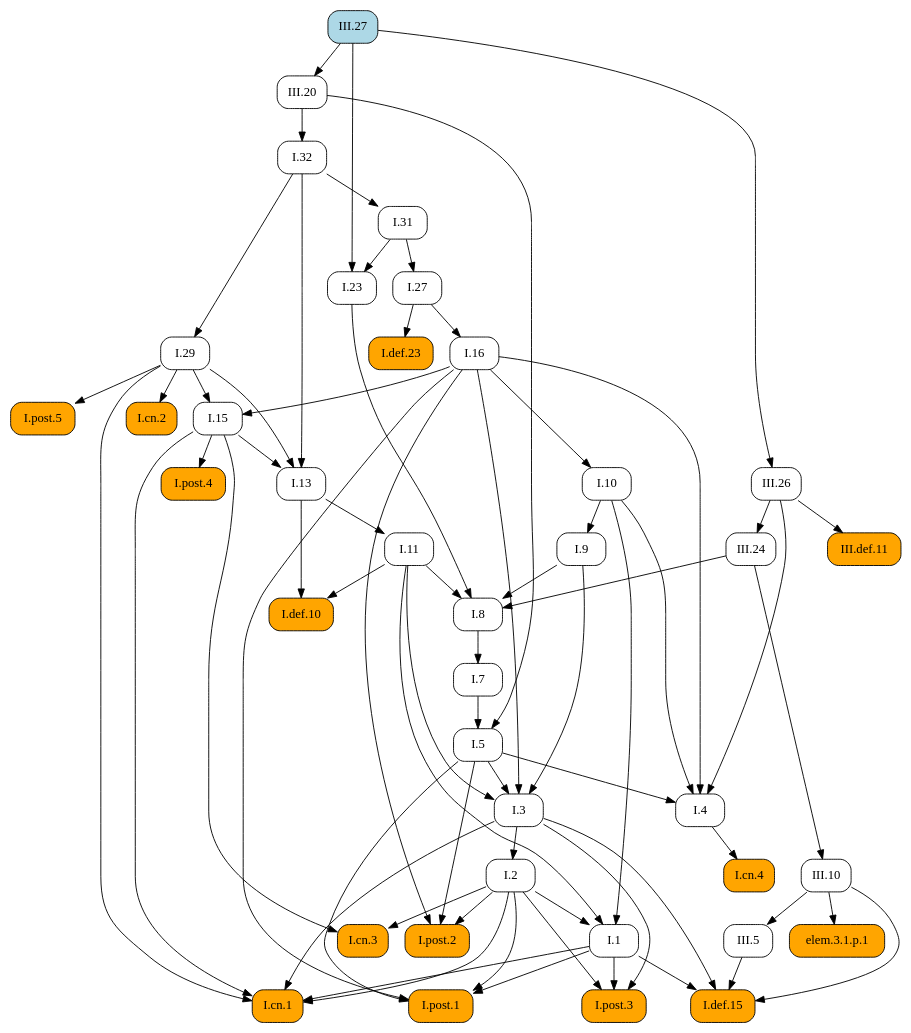
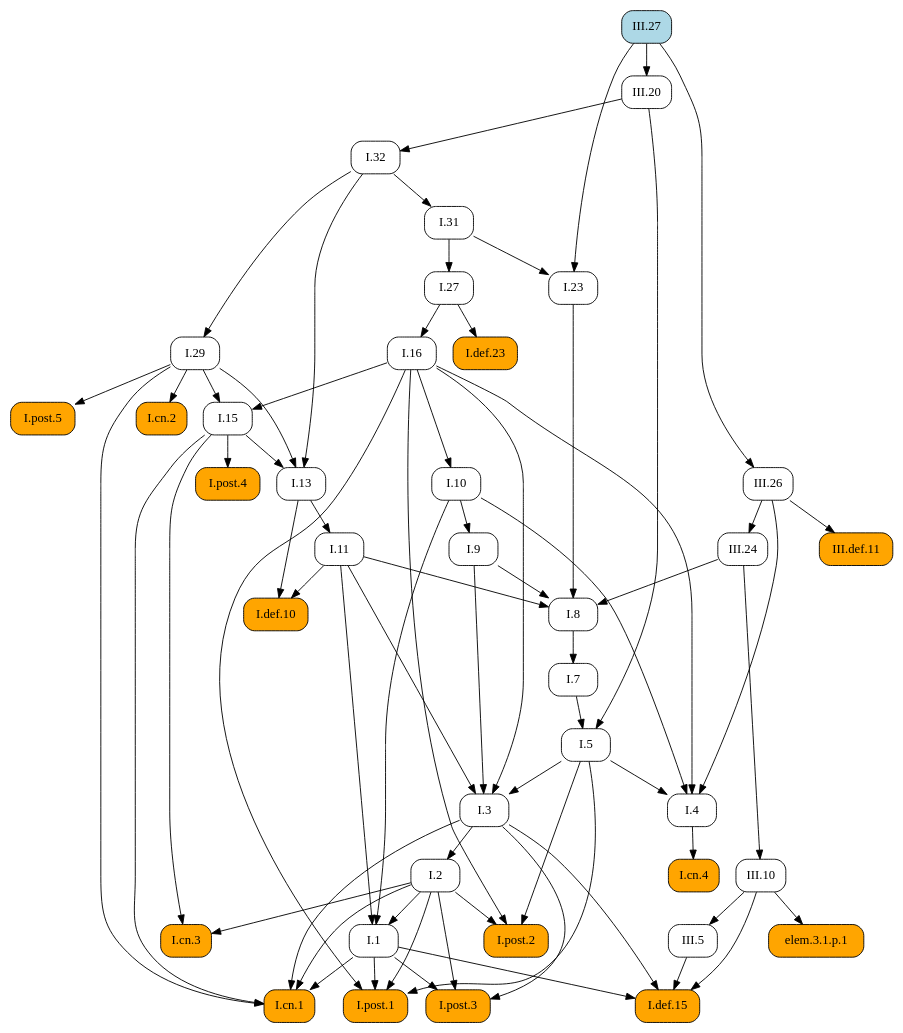
The diagram in docsrc/heath/III/27/index.rst (geometor/elements), drawn with Graphviz before and after one commit. The commit also changed other lines of this file and 1029 other files, not shown here.

```diff
--- a/docsrc/heath/III/27/index.rst
+++ b/docsrc/heath/III/27/index.rst
@@ -73,111 +73,111 @@
    digraph {
      rankdir="TB";
      node [shape=box, style=rounded];
+     "I.def.10" [style="rounded,filled", fillcolor=orange, URL="/heath/I/def.10/", target="_top"];
+     "I.11" [URL="/heath/I/11/", target="_top"];
+     "I.post.4" [style="rounded,filled", fillcolor=orange, URL="/heath/I/post.4/", target="_top"];
+     "I.1" [URL="/heath/I/1/", target="_top"];
+     "III.26" [URL="/heath/III/26/", target="_top"];
+     "III.20" [URL="/heath/III/20/", target="_top"];
+     "I.29" [URL="/heath/I/29/", target="_top"];
+     "elem.3.1.p.1" [style="rounded,filled", fillcolor=orange];
+     "I.cn.2" [style="rounded,filled", fillcolor=orange, URL="/heath/I/cn.2/", target="_top"];
+     "III.def.11" [style="rounded,filled", fillcolor=orange, URL="/heath/III/def.11/", target="_top"];
+     "I.def.15" [style="rounded,filled", fillcolor=orange, URL="/heath/I/def.15/", target="_top"];
+     "I.post.3" [style="rounded,filled", fillcolor=orange, URL="/heath/I/post.3/", target="_top"];
+     "I.cn.1" [style="rounded,filled", fillcolor=orange, URL="/heath/I/cn.1/", target="_top"];
      "I.cn.3" [style="rounded,filled", fillcolor=orange, URL="/heath/I/cn.3/", target="_top"];
-     "III.def.11" [style="rounded,filled", fillcolor=orange, URL="/heath/III/def.11/", target="_top"];
+     "I.23" [URL="/heath/I/23/", target="_top"];
+     "I.post.1" [style="rounded,filled", fillcolor=orange, URL="/heath/I/post.1/", target="_top"];
+     "III.24" [URL="/heath/III/24/", target="_top"];
+     "I.27" [URL="/heath/I/27/", target="_top"];
      "I.7" [URL="/heath/I/7/", target="_top"];
-     "I.29" [URL="/heath/I/29/", target="_top"];
-     "I.27" [URL="/heath/I/27/", target="_top"];
+     "I.3" [URL="/heath/I/3/", target="_top"];
+     "I.2" [URL="/heath/I/2/", target="_top"];
+     "I.4" [URL="/heath/I/4/", target="_top"];
      "I.def.23" [style="rounded,filled", fillcolor=orange, URL="/heath/I/def.23/", target="_top"];
-     "I.8" [URL="/heath/I/8/", target="_top"];
+     "I.13" [URL="/heath/I/13/", target="_top"];
+     "I.post.2" [style="rounded,filled", fillcolor=orange, URL="/heath/I/post.2/", target="_top"];
+     "I.31" [URL="/heath/I/31/", target="_top"];
+     "I.16" [URL="/heath/I/16/", target="_top"];
      "III.10" [URL="/heath/III/10/", target="_top"];
      "I.9" [URL="/heath/I/9/", target="_top"];
-     "III.20" [URL="/heath/III/20/", target="_top"];
-     "I.post.4" [style="rounded,filled", fillcolor=orange, URL="/heath/I/post.4/", target="_top"];
-     "I.2" [URL="/heath/I/2/", target="_top"];
-     "I.def.15" [style="rounded,filled", fillcolor=orange, URL="/heath/I/def.15/", target="_top"];
-     "I.1" [URL="/heath/I/1/", target="_top"];
-     "I.post.1" [style="rounded,filled", fillcolor=orange, URL="/heath/I/post.1/", target="_top"];
      "III.27" [style="rounded,filled", fillcolor=lightblue, URL="/heath/III/27/", target="_top"];
+     "I.8" [URL="/heath/I/8/", target="_top"];
+     "I.32" [URL="/heath/I/32/", target="_top"];
      "I.cn.4" [style="rounded,filled", fillcolor=orange, URL="/heath/I/cn.4/", target="_top"];
-     "elem.3.1.p.1" [style="rounded,filled", fillcolor=orange];
-     "I.23" [URL="/heath/I/23/", target="_top"];
-     "I.13" [URL="/heath/I/13/", target="_top"];
+     "I.15" [URL="/heath/I/15/", target="_top"];
+     "I.post.5" [style="rounded,filled", fillcolor=orange, URL="/heath/I/post.5/", target="_top"];
+     "I.10" [URL="/heath/I/10/", target="_top"];
+     "I.5" [URL="/heath/I/5/", target="_top"];
      "III.5" [URL="/heath/III/5/", target="_top"];
-     "I.cn.2" [style="rounded,filled", fillcolor=orange, URL="/heath/I/cn.2/", target="_top"];
-     "I.5" [URL="/heath/I/5/", target="_top"];
-     "I.11" [URL="/heath/I/11/", target="_top"];
-     "I.10" [URL="/heath/I/10/", target="_top"];
-     "I.4" [URL="/heath/I/4/", target="_top"];
-     "I.3" [URL="/heath/I/3/", target="_top"];
-     "I.16" [URL="/heath/I/16/", target="_top"];
-     "III.26" [URL="/heath/III/26/", target="_top"];
-     "I.31" [URL="/heath/I/31/", target="_top"];
-     "I.def.10" [style="rounded,filled", fillcolor=orange, URL="/heath/I/def.10/", target="_top"];
-     "I.post.2" [style="rounded,filled", fillcolor=orange, URL="/heath/I/post.2/", target="_top"];
-     "III.24" [URL="/heath/III/24/", target="_top"];
-     "I.post.3" [style="rounded,filled", fillcolor=orange, URL="/heath/I/post.3/", target="_top"];
-     "I.post.5" [style="rounded,filled", fillcolor=orange, URL="/heath/I/post.5/", target="_top"];
-     "I.15" [URL="/heath/I/15/", target="_top"];
-     "I.cn.1" [style="rounded,filled", fillcolor=orange, URL="/heath/I/cn.1/", target="_top"];
-     "I.32" [URL="/heath/I/32/", target="_top"];
-     "I.2" -> "I.cn.3";
-     "I.15" -> "I.cn.3";
+     "I.11" -> "I.def.10";
+     "I.13" -> "I.def.10";
+     "I.13" -> "I.11";
+     "I.15" -> "I.post.4";
+     "I.2" -> "I.1";
+     "I.10" -> "I.1";
+     "I.11" -> "I.1";
+     "III.27" -> "III.26";
+     "III.27" -> "III.20";
+     "I.32" -> "I.29";
+     "III.10" -> "elem.3.1.p.1";
+     "I.29" -> "I.cn.2";
      "III.26" -> "III.def.11";
-     "I.8" -> "I.7";
-     "I.32" -> "I.29";
-     "I.31" -> "I.27";
-     "I.27" -> "I.def.23";
-     "I.9" -> "I.8";
-     "I.11" -> "I.8";
-     "I.23" -> "I.8";
-     "III.24" -> "I.8";
-     "III.24" -> "III.10";
-     "I.10" -> "I.9";
-     "III.27" -> "III.20";
-     "I.15" -> "I.post.4";
-     "I.3" -> "I.2";
      "I.1" -> "I.def.15";
      "I.3" -> "I.def.15";
      "III.5" -> "I.def.15";
      "III.10" -> "I.def.15";
-     "I.2" -> "I.1";
-     "I.10" -> "I.1";
-     "I.11" -> "I.1";
-     "I.1" -> "I.post.1";
-     "I.2" -> "I.post.1";
-     "I.5" -> "I.post.1";
-     "I.16" -> "I.post.1";
-     "I.4" -> "I.cn.4";
-     "III.10" -> "elem.3.1.p.1";
-     "I.31" -> "I.23";
-     "III.27" -> "I.23";
-     "I.15" -> "I.13";
-     "I.29" -> "I.13";
-     "I.32" -> "I.13";
-     "III.10" -> "III.5";
-     "I.29" -> "I.cn.2";
-     "I.7" -> "I.5";
-     "III.20" -> "I.5";
-     "I.13" -> "I.11";
-     "I.16" -> "I.10";
-     "I.5" -> "I.4";
-     "I.10" -> "I.4";
-     "I.16" -> "I.4";
-     "III.26" -> "I.4";
-     "I.5" -> "I.3";
-     "I.9" -> "I.3";
-     "I.11" -> "I.3";
-     "I.16" -> "I.3";
-     "I.27" -> "I.16";
-     "III.27" -> "III.26";
-     "I.32" -> "I.31";
-     "I.11" -> "I.def.10";
-     "I.13" -> "I.def.10";
-     "I.2" -> "I.post.2";
-     "I.5" -> "I.post.2";
-     "I.16" -> "I.post.2";
-     "III.26" -> "III.24";
      "I.1" -> "I.post.3";
      "I.2" -> "I.post.3";
      "I.3" -> "I.post.3";
-     "I.29" -> "I.post.5";
-     "I.16" -> "I.15";
-     "I.29" -> "I.15";
      "I.1" -> "I.cn.1";
      "I.2" -> "I.cn.1";
      "I.3" -> "I.cn.1";
      "I.15" -> "I.cn.1";
      "I.29" -> "I.cn.1";
+     "I.2" -> "I.cn.3";
+     "I.15" -> "I.cn.3";
+     "I.31" -> "I.23";
+     "III.27" -> "I.23";
+     "I.1" -> "I.post.1";
+     "I.2" -> "I.post.1";
+     "I.5" -> "I.post.1";
+     "I.16" -> "I.post.1";
+     "III.26" -> "III.24";
+     "I.31" -> "I.27";
+     "I.8" -> "I.7";
+     "I.5" -> "I.3";
+     "I.9" -> "I.3";
+     "I.11" -> "I.3";
+     "I.16" -> "I.3";
+     "I.3" -> "I.2";
+     "I.5" -> "I.4";
+     "I.10" -> "I.4";
+     "I.16" -> "I.4";
+     "III.26" -> "I.4";
+     "I.27" -> "I.def.23";
+     "I.15" -> "I.13";
+     "I.29" -> "I.13";
+     "I.32" -> "I.13";
+     "I.2" -> "I.post.2";
+     "I.5" -> "I.post.2";
+     "I.16" -> "I.post.2";
+     "I.32" -> "I.31";
+     "I.27" -> "I.16";
+     "III.24" -> "III.10";
+     "I.10" -> "I.9";
+     "I.9" -> "I.8";
+     "I.11" -> "I.8";
+     "I.23" -> "I.8";
+     "III.24" -> "I.8";
      "III.20" -> "I.32";
+     "I.4" -> "I.cn.4";
+     "I.16" -> "I.15";
+     "I.29" -> "I.15";
+     "I.29" -> "I.post.5";
+     "I.16" -> "I.10";
+     "I.7" -> "I.5";
+     "III.20" -> "I.5";
+     "III.10" -> "III.5";
    }
```
